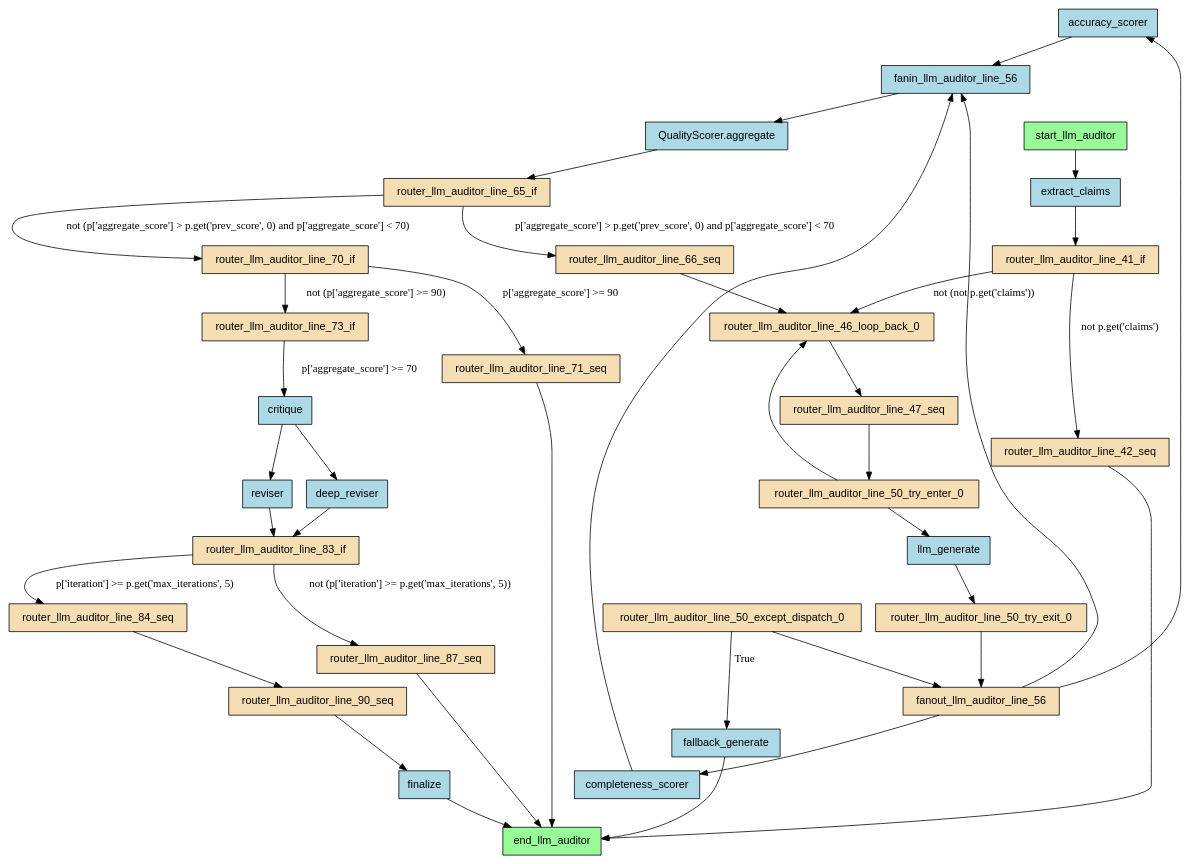
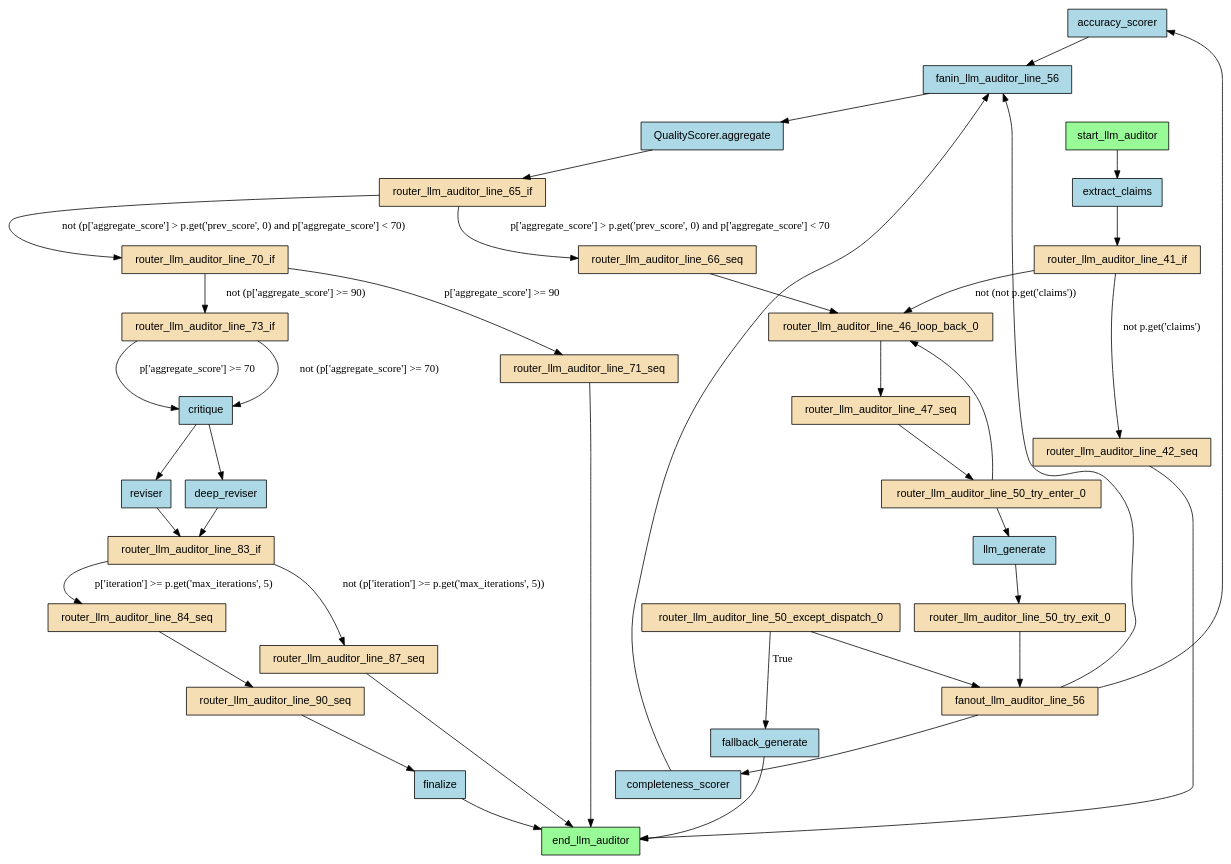
The diagram in examples/flows/compiled/adk_llm_auditor/flow.dot (deliveryhero/asya), drawn with Graphviz before and after one commit. The commit also changed 136 other files, not shown here.

```diff
--- a/examples/flows/compiled/adk_llm_auditor/flow.dot
+++ b/examples/flows/compiled/adk_llm_auditor/flow.dot
@@ -1,74 +1,75 @@
 digraph "adk_llm_auditor" {
     rankdir=TB;
     node [shape=box, style=filled, fontname="Helvetica"];
 
     accuracy_scorer [label="accuracy_scorer", fillcolor=lightblue];
     adk_llm_auditor_QualityScorer_aggregate [label="QualityScorer.aggregate", fillcolor=lightblue];
     completeness_scorer [label="completeness_scorer", fillcolor=lightblue];
     critique [label="critique", fillcolor=lightblue];
     deep_reviser [label="deep_reviser", fillcolor=lightblue];
     end_llm_auditor [label="end_llm_auditor", fillcolor=palegreen];
     extract_claims [label="extract_claims", fillcolor=lightblue];
     fallback_generate [label="fallback_generate", fillcolor=lightblue];
     fanin_llm_auditor_line_56 [label="fanin_llm_auditor_line_56", fillcolor=lightblue];
     fanout_llm_auditor_line_56 [label="fanout_llm_auditor_line_56", fillcolor=wheat];
     finalize [label="finalize", fillcolor=lightblue];
     llm_generate [label="llm_generate", fillcolor=lightblue];
     reviser [label="reviser", fillcolor=lightblue];
     router_llm_auditor_line_41_if [label="router_llm_auditor_line_41_if", fillcolor=wheat];
     router_llm_auditor_line_42_seq [label="router_llm_auditor_line_42_seq", fillcolor=wheat];
     router_llm_auditor_line_46_loop_back_0 [label="router_llm_auditor_line_46_loop_back_0", fillcolor=wheat];
     router_llm_auditor_line_47_seq [label="router_llm_auditor_line_47_seq", fillcolor=wheat];
     router_llm_auditor_line_50_except_dispatch_0 [label="router_llm_auditor_line_50_except_dispatch_0", fillcolor=wheat];
     router_llm_auditor_line_50_try_enter_0 [label="router_llm_auditor_line_50_try_enter_0", fillcolor=wheat];
     router_llm_auditor_line_50_try_exit_0 [label="router_llm_auditor_line_50_try_exit_0", fillcolor=wheat];
     router_llm_auditor_line_65_if [label="router_llm_auditor_line_65_if", fillcolor=wheat];
     router_llm_auditor_line_66_seq [label="router_llm_auditor_line_66_seq", fillcolor=wheat];
     router_llm_auditor_line_70_if [label="router_llm_auditor_line_70_if", fillcolor=wheat];
     router_llm_auditor_line_71_seq [label="router_llm_auditor_line_71_seq", fillcolor=wheat];
     router_llm_auditor_line_73_if [label="router_llm_auditor_line_73_if", fillcolor=wheat];
     router_llm_auditor_line_83_if [label="router_llm_auditor_line_83_if", fillcolor=wheat];
     router_llm_auditor_line_84_seq [label="router_llm_auditor_line_84_seq", fillcolor=wheat];
     router_llm_auditor_line_87_seq [label="router_llm_auditor_line_87_seq", fillcolor=wheat];
     router_llm_auditor_line_90_seq [label="router_llm_auditor_line_90_seq", fillcolor=wheat];
     start_llm_auditor [label="start_llm_auditor", fillcolor=palegreen];
 
     start_llm_auditor -> extract_claims;
     extract_claims -> router_llm_auditor_line_41_if;
     router_llm_auditor_line_90_seq -> finalize;
     router_llm_auditor_line_66_seq -> router_llm_auditor_line_46_loop_back_0;
     router_llm_auditor_line_73_if -> critique [label="p['aggregate_score'] >= 70"];
     critique -> reviser;
     reviser -> router_llm_auditor_line_83_if;
+    router_llm_auditor_line_73_if -> critique [label="not (p['aggregate_score'] >= 70)"];
     critique -> deep_reviser;
     deep_reviser -> router_llm_auditor_line_83_if;
     router_llm_auditor_line_84_seq -> router_llm_auditor_line_90_seq;
     router_llm_auditor_line_83_if -> router_llm_auditor_line_84_seq [label="p['iteration'] >= p.get('max_iterations', 5)"];
     router_llm_auditor_line_83_if -> router_llm_auditor_line_87_seq [label="not (p['iteration'] >= p.get('max_iterations', 5))"];
     router_llm_auditor_line_70_if -> router_llm_auditor_line_71_seq [label="p['aggregate_score'] >= 90"];
     router_llm_auditor_line_70_if -> router_llm_auditor_line_73_if [label="not (p['aggregate_score'] >= 90)"];
     router_llm_auditor_line_65_if -> router_llm_auditor_line_66_seq [label="p['aggregate_score'] > p.get('prev_score', 0) and p['aggregate_score'] < 70"];
     router_llm_auditor_line_65_if -> router_llm_auditor_line_70_if [label="not (p['aggregate_score'] > p.get('prev_score', 0) and p['aggregate_score'] < 70)"];
     fanout_llm_auditor_line_56 -> fanin_llm_auditor_line_56;
     fanin_llm_auditor_line_56 -> adk_llm_auditor_QualityScorer_aggregate;
     adk_llm_auditor_QualityScorer_aggregate -> router_llm_auditor_line_65_if;
     fanout_llm_auditor_line_56 -> accuracy_scorer;
     accuracy_scorer -> fanin_llm_auditor_line_56;
     fanout_llm_auditor_line_56 -> completeness_scorer;
     completeness_scorer -> fanin_llm_auditor_line_56;
     router_llm_auditor_line_50_try_enter_0 -> llm_generate;
     llm_generate -> router_llm_auditor_line_50_try_exit_0;
     router_llm_auditor_line_50_try_exit_0 -> fanout_llm_auditor_line_56;
     router_llm_auditor_line_50_except_dispatch_0 -> fanout_llm_auditor_line_56;
     router_llm_auditor_line_50_except_dispatch_0 -> fallback_generate [label="True"];
     router_llm_auditor_line_47_seq -> router_llm_auditor_line_50_try_enter_0;
     router_llm_auditor_line_46_loop_back_0 -> router_llm_auditor_line_47_seq;
     router_llm_auditor_line_41_if -> router_llm_auditor_line_42_seq [label="not p.get('claims')"];
     router_llm_auditor_line_41_if -> router_llm_auditor_line_46_loop_back_0 [label="not (not p.get('claims'))"];
     router_llm_auditor_line_50_try_enter_0 -> router_llm_auditor_line_46_loop_back_0;
     fallback_generate -> end_llm_auditor;
     finalize -> end_llm_auditor;
     router_llm_auditor_line_42_seq -> end_llm_auditor;
     router_llm_auditor_line_71_seq -> end_llm_auditor;
     router_llm_auditor_line_87_seq -> end_llm_auditor;
 }
```
